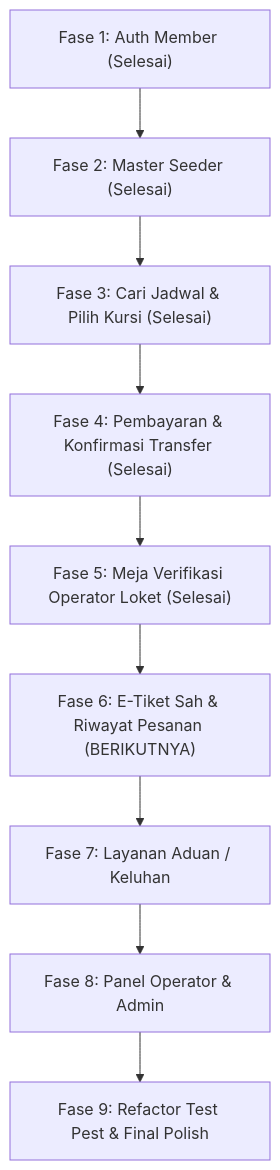
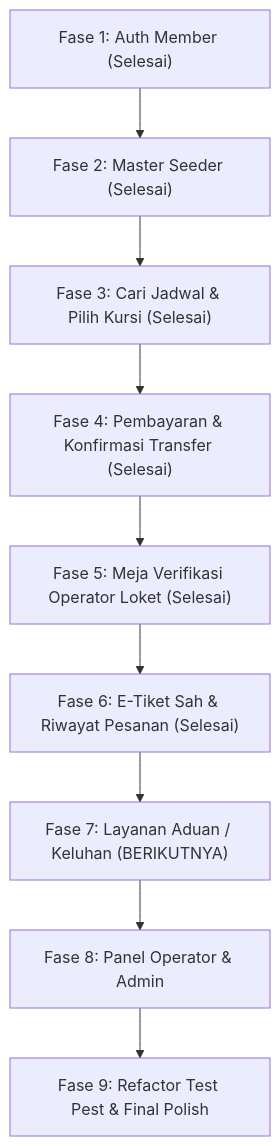
The diagram in roadmap.md (madsobirin/ticket_go), drawn with Mermaid before and after one commit. The commit also changed other lines of this file and 36 other files, not shown here.

````diff
--- a/roadmap.md
+++ b/roadmap.md
@@ -43,11 +45,11 @@
 ```mermaid
 flowchart TD
     A["Fase 1: Auth Member (Selesai)"] --> B["Fase 2: Master Seeder (Selesai)"]
     B --> C["Fase 3: Cari Jadwal & Pilih Kursi (Selesai)"]
     C --> D["Fase 4: Pembayaran & Konfirmasi Transfer (Selesai)"]
     D --> E["Fase 5: Meja Verifikasi Operator Loket (Selesai)"]
-    E --> F["Fase 6: E-Tiket Sah & Riwayat Pesanan (BERIKUTNYA)"]
-    F --> G["Fase 7: Layanan Aduan / Keluhan"]
+    E --> F["Fase 6: E-Tiket Sah & Riwayat Pesanan (Selesai)"]
+    F --> G["Fase 7: Layanan Aduan / Keluhan (BERIKUTNYA)"]
     G --> H["Fase 8: Panel Operator & Admin"]
     H --> I["Fase 9: Refactor Test Pest & Final Polish"]
 ```
````
